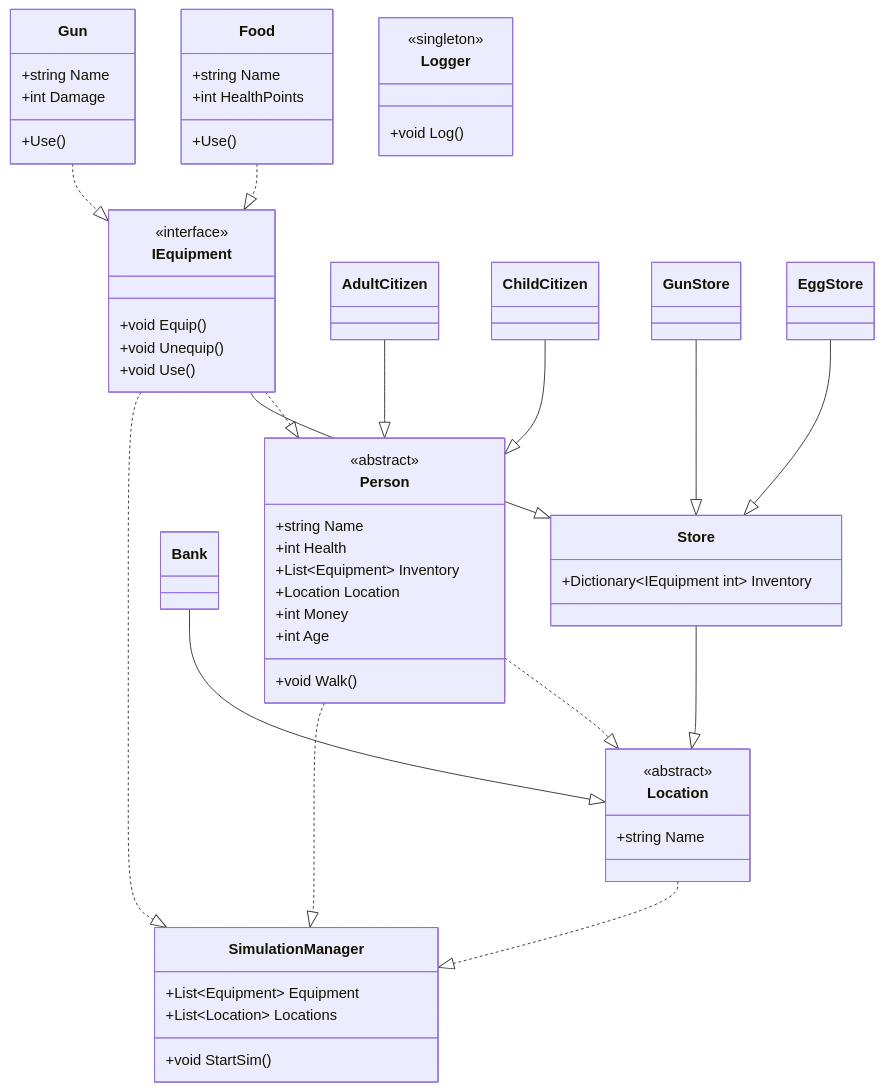
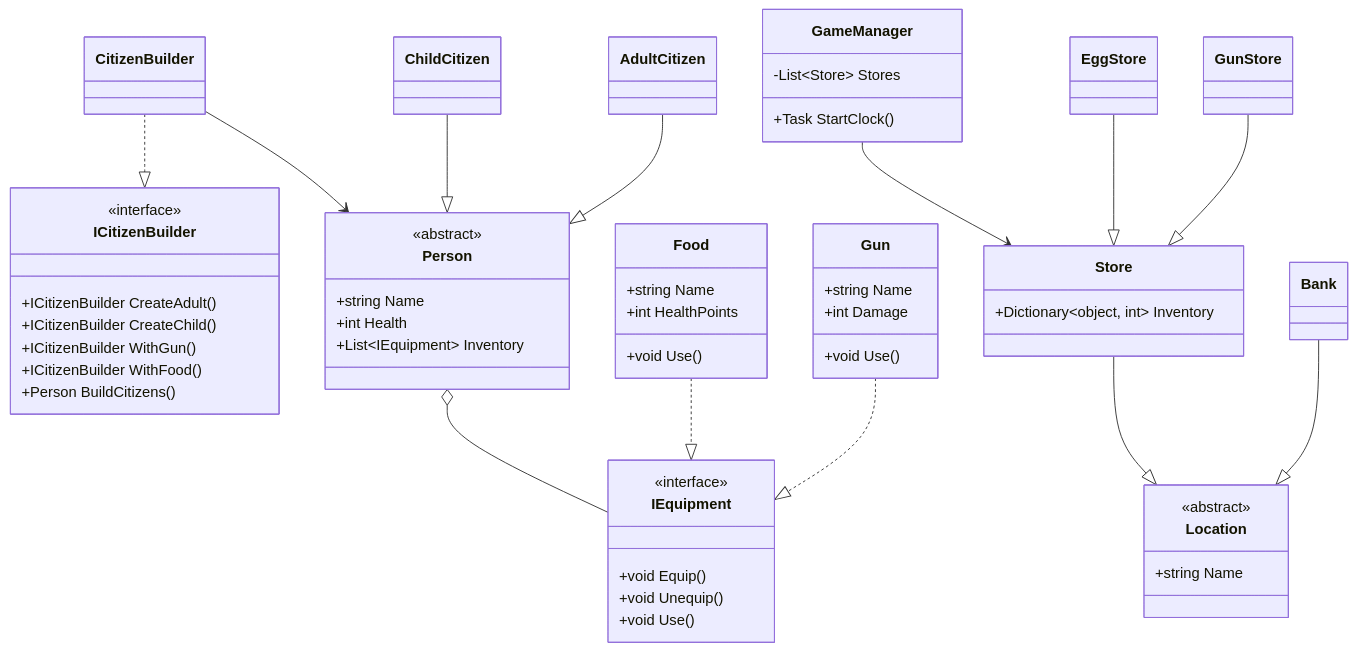
The diagram in README.md (smallbenji-org/HF2-peopleville), drawn with Mermaid before and after one commit.

Commit message:
Diagram update

````diff
--- a/README.md
+++ b/README.md
@@ -12,72 +12,90 @@
 ```mermaid
 classDiagram
-    class IEquipment{
+    class IEquipment {
         <<interface>>
         +void Equip()
         +void Unequip()
         +void Use()
     }
-    Food ..|> IEquipment
-    Gun ..|> IEquipment
 
-    class Person{
+    class ICitizenBuilder {
+        <<interface>>
+        +ICitizenBuilder CreateAdult()
+        +ICitizenBuilder CreateChild()
+        +ICitizenBuilder WithGun()
+        +ICitizenBuilder WithFood()
+        +Person BuildCitizens()
+    }
+
+    class Gun {
+        +string Name
+        +int Damage
+        +void Use()
+    }
+    class Food {
+        +string Name
+        +int HealthPoints
+        +void Use()
+    }
+
+    class Person {
         <<abstract>>
         +string Name
         +int Health
-        +List~Equipment~ Inventory
-        +Location Location
-        +int Money
-        +int Age
-        +void Walk()
+        +List~IEquipment~ Inventory
     }
-    AdultCitizen --|> Person
-    ChildCitizen --|> Person
-    IEquipment ..|> Person
 
     class AdultCitizen{
-    }
-    class ChildCitizen{
+
     }
 
-    class Location{
+    class ChildCitizen{
+
+    }
+
+    class Location {
         <<abstract>>
         +string Name
     }
+    class Store {
+        +Dictionary~object, int~ Inventory
+    }
+
+    class Bank{
+
+    }
+
+    class GunStore{
+
+    }
+
+    class EggStore{
+
+    }
+
+    class CitizenBuilder{
+
+    }
+
+    class GameManager {
+        -List~Store~ Stores
+        +Task StartClock()
+    }
+
+    Gun ..|> IEquipment
+    Food ..|> IEquipment
+    
+    AdultCitizen --|> Person
+    ChildCitizen --|> Person
+    Person o-- IEquipment
+
     Bank --|> Location
     Store --|> Location
-    Person ..|> Location
-
-    class Logger{
-        <<singleton>>
-        +void Log()
-    }
-
-    class Food{
-        +string Name
-        +int HealthPoints
-        +Use()
-    }
-
-    class Gun{
-        +string Name
-        +int Damage
-        +Use()
-    }
-
-    class Store{
-        +Dictionary~IEquipment int~ Inventory
-    }
     GunStore --|> Store
     EggStore --|> Store
-    IEquipment --|> Store
 
-    class SimulationManager{
-        +void StartSim()
-        +List~Equipment~ Equipment
-        +List~Location~ Locations
-    }
-    IEquipment ..|> SimulationManager
-    Person ..|> SimulationManager
-    Location ..|> SimulationManager
+    CitizenBuilder ..|> ICitizenBuilder
+    CitizenBuilder --> Person
+    GameManager --> Store
 
 ```
````
